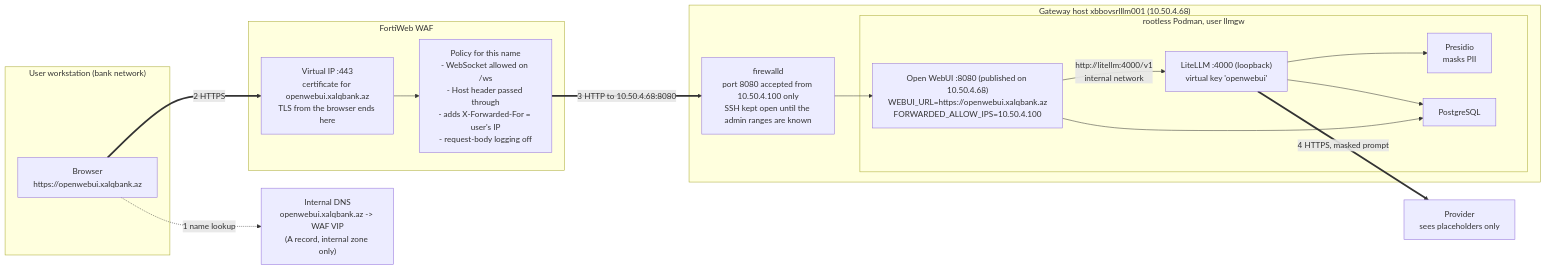
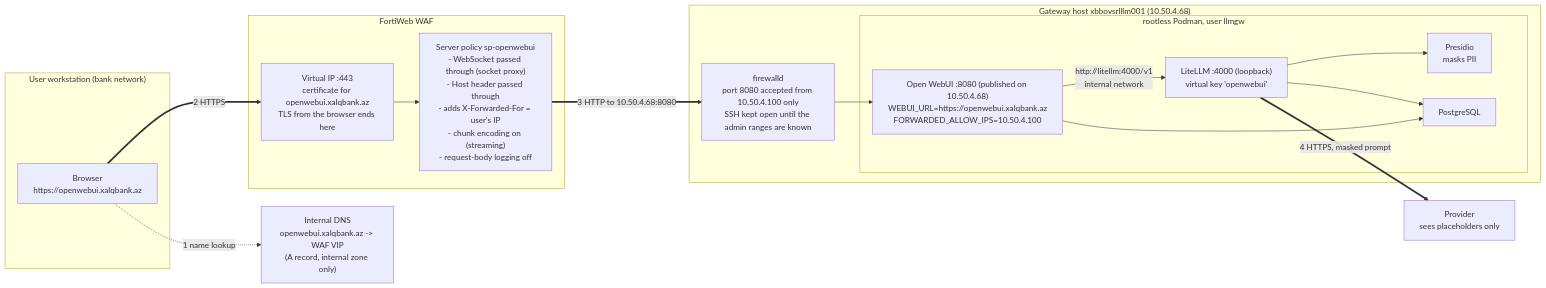
The diagram in docs/08-exposure.md (nafud/litellm), drawn with Mermaid before and after one commit. The commit also changed other lines of this file and 2 other files, not shown here.

First line of the commit message:
docs/08: FortiWeb procedure for openwebui.xalqbank.az, verified against the 7.6.7 guide

````diff
--- a/docs/08-exposure.md
+++ b/docs/08-exposure.md
@@ -12,31 +15,31 @@
 ```mermaid
 flowchart LR
   subgraph user["User workstation (bank network)"]
     browser["Browser<br/>https://openwebui.xalqbank.az"]
   end
   dns["Internal DNS<br/>openwebui.xalqbank.az -> WAF VIP<br/>(A record, internal zone only)"]
   subgraph waf["FortiWeb WAF"]
     vip["Virtual IP :443<br/>certificate for openwebui.xalqbank.az<br/>TLS from the browser ends here"]
-    rules["Policy for this name<br/>- WebSocket allowed on /ws<br/>- Host header passed through<br/>- adds X-Forwarded-For = user's IP<br/>- request-body logging off"]
+    rules["Server policy sp-openwebui<br/>- WebSocket passed through (socket proxy)<br/>- Host header passed through<br/>- adds X-Forwarded-For = user's IP<br/>- chunk encoding on (streaming)<br/>- request-body logging off"]
     vip --> rules
   end
   subgraph host["Gateway host xbbovsrlllm001 (10.50.4.68)"]
     fw["firewalld<br/>port 8080 accepted from 10.50.4.100 only<br/>SSH kept open until the admin ranges are known"]
     subgraph podman["rootless Podman, user llmgw"]
       owui["Open WebUI :8080 (published on 10.50.4.68)<br/>WEBUI_URL=https://openwebui.xalqbank.az<br/>FORWARDED_ALLOW_IPS=10.50.4.100"]
       litellm["LiteLLM :4000 (loopback)<br/>virtual key 'openwebui'"]
       presidio["Presidio<br/>masks PII"]
       pg["PostgreSQL"]
       owui -- "http://litellm:4000/v1<br/>internal network" --> litellm
       litellm --> presidio
       litellm --> pg
       owui --> pg
     end
     fw --> owui
   end
   provider["Provider<br/>sees placeholders only"]
   browser -. "1 name lookup" .-> dns
   browser == "2 HTTPS" ==> vip
   rules == "3 HTTP to 10.50.4.68:8080" ==> fw
   litellm == "4 HTTPS, masked prompt" ==> provider
 ```
````
